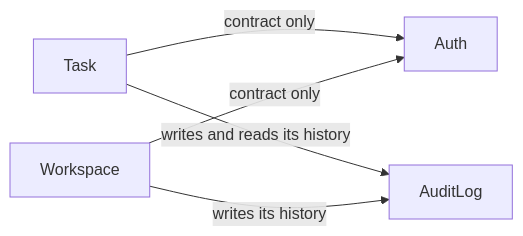
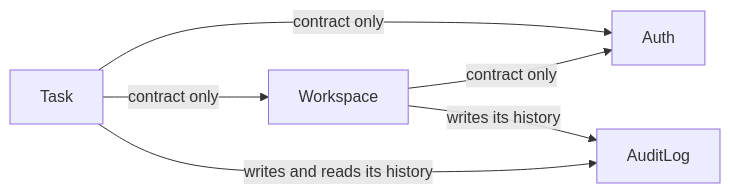
The first of 2 diagrams in README.md (NikitaSomik/symfony-todo-app), drawn with Mermaid before and after one commit. The commit also changed other lines of this file and 51 other files, not shown here.

````diff
--- a/README.md
+++ b/README.md
@@ -66,7 +66,8 @@
 ```mermaid
 flowchart LR
     Task -->|contract only| Auth
+    Task -->|contract only| Workspace
     Task -->|writes and reads its history| AuditLog
     Workspace -->|contract only| Auth
     Workspace -->|writes its history| AuditLog
 ```
````
